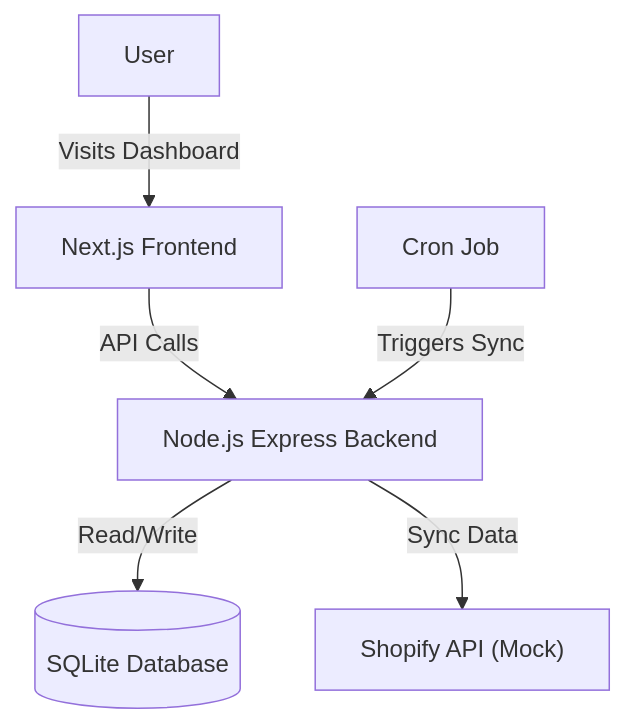
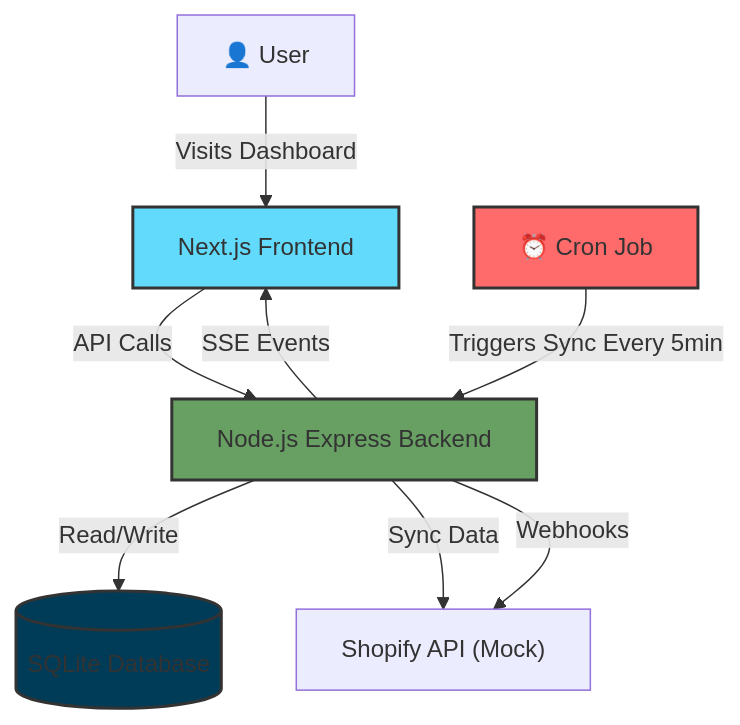
The first of 2 diagrams in README.md (Harshgoyal2004/xeno-assement), drawn with Mermaid before and after one commit. The commit also changed other lines of this file, not shown here.

````diff
--- a/README.md
+++ b/README.md
@@ -21,8 +124,15 @@
 ```mermaid
 graph TD
-    User[User] -->|Visits Dashboard| Frontend[Next.js Frontend]
+    User[👤 User] -->|Visits Dashboard| Frontend[Next.js Frontend]
     Frontend -->|API Calls| Backend[Node.js Express Backend]
     Backend -->|Read/Write| DB[(SQLite Database)]
     Backend -->|Sync Data| Shopify["Shopify API (Mock)"]
-    Scheduler[Cron Job] -->|Triggers Sync| Backend
+    Scheduler[⏰ Cron Job] -->|Triggers Sync Every 5min| Backend
+    Backend -->|SSE Events| Frontend
+    Backend -->|Webhooks| Shopify
+    
+    style Frontend fill:#61dafb,stroke:#333,stroke-width:2px
+    style Backend fill:#68a063,stroke:#333,stroke-width:2px
+    style DB fill:#003b57,stroke:#333,stroke-width:2px
+    style Scheduler fill:#ff6b6b,stroke:#333,stroke-width:2px
 ```
````
